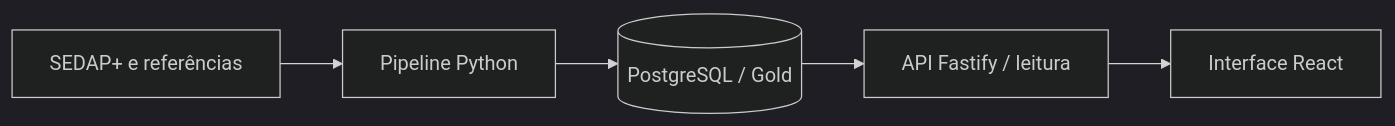
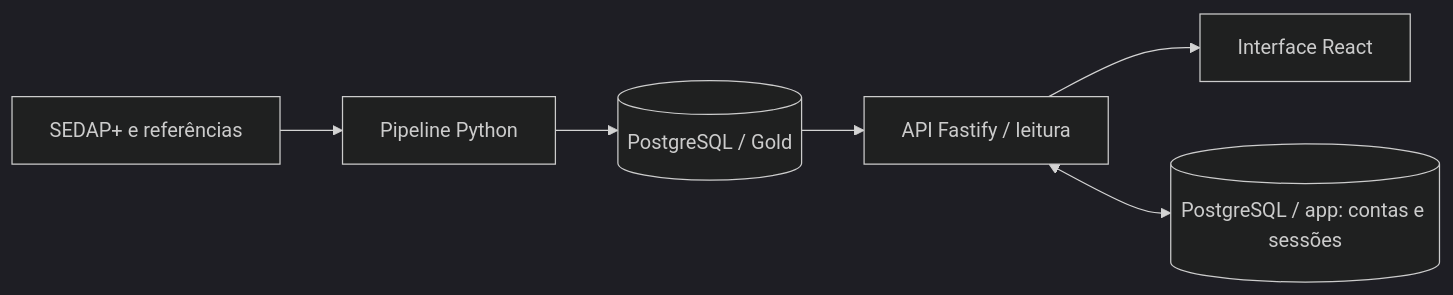
One commit to TCC-EvasaoMT/Aplicacao-TCC changed the first of 2 diagrams in docs/arquitetura/ARQUITETURA.md. Above: the diagram before and after it, drawn with Mermaid (dark theme). The commit also changed other lines of this file and 11 other files, not shown here.

````diff
--- a/docs/arquitetura/ARQUITETURA.md
+++ b/docs/arquitetura/ARQUITETURA.md
@@ -25,7 +25,8 @@
 ```mermaid
 flowchart LR
   S[SEDAP+ e referências] --> P[Pipeline Python]
   P --> G[(PostgreSQL / Gold)]
   G --> B[API Fastify / leitura]
   B --> F[Interface React]
+  B <--> A[(PostgreSQL / app: contas e sessões)]
 ```
````
